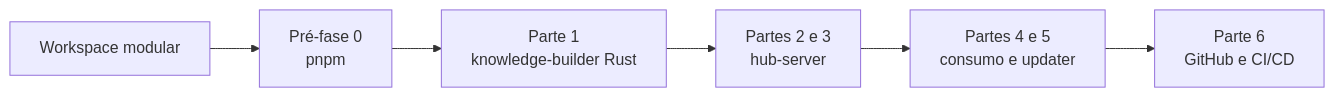
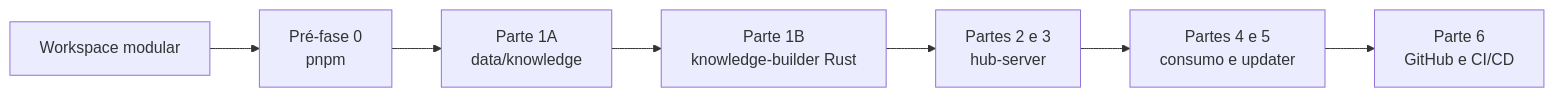
The diagram in docs/plans/hub-server/00-pnpm-workspace-migration.md (migmoroni/veterinary-clinic), drawn with Mermaid before and after one commit. The commit also changed other lines of this file and 9 other files, not shown here.

````diff
--- a/docs/plans/hub-server/00-pnpm-workspace-migration.md
+++ b/docs/plans/hub-server/00-pnpm-workspace-migration.md
@@ -31,8 +31,9 @@
 ```mermaid
 flowchart LR
     CURRENT["Workspace modular"] --> PNPM["Pré-fase 0<br/>pnpm"]
-    PNPM --> BUILDER["Parte 1<br/>knowledge-builder Rust"]
+    PNPM --> DATA["Parte 1A<br/>data/knowledge"]
+    DATA --> BUILDER["Parte 1B<br/>knowledge-builder Rust"]
     BUILDER --> HUB["Partes 2 e 3<br/>hub-server"]
     HUB --> APPS["Partes 4 e 5<br/>consumo e updater"]
     APPS --> CI["Parte 6<br/>GitHub e CI/CD"]
 ```
````
